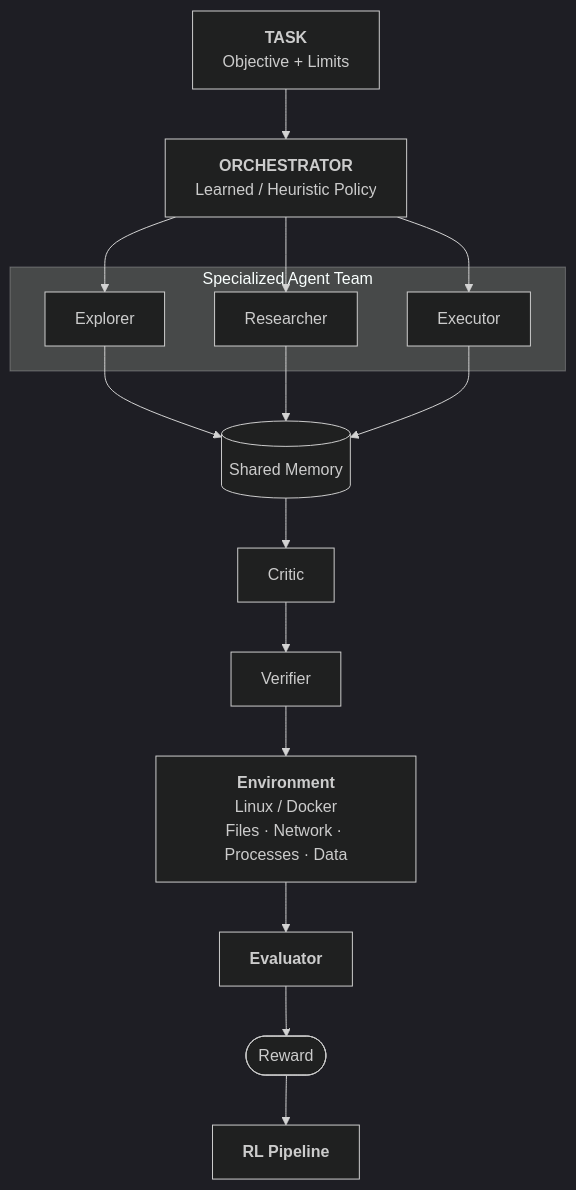
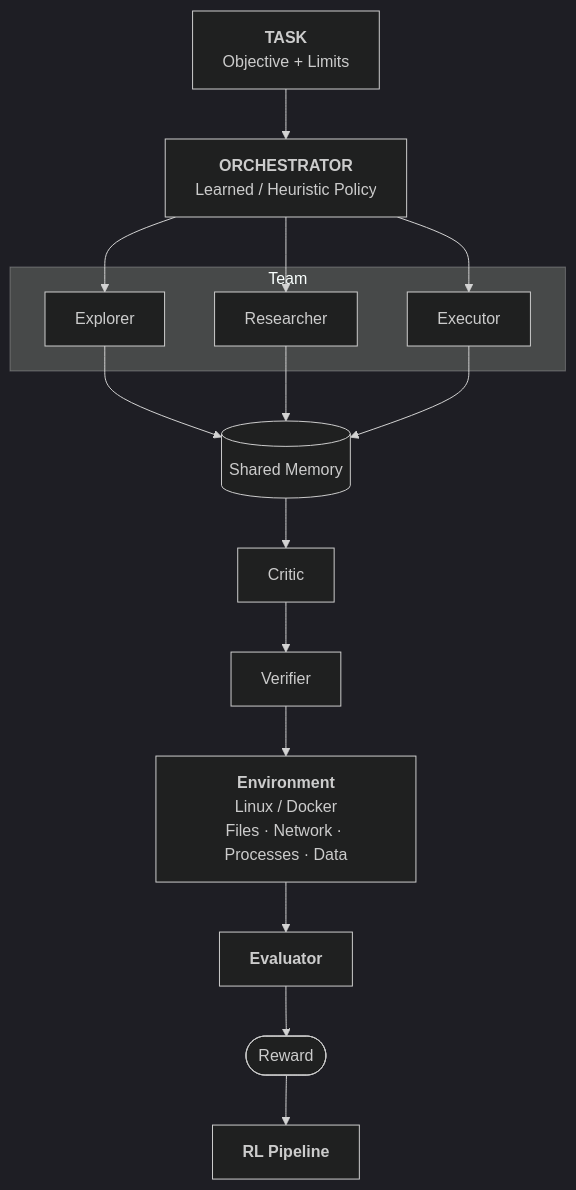
The diagram in docs/agent_arena_research_platform.md (rahul02-dat/agent-arena), drawn with Mermaid (dark theme) before and after one commit.

````diff
--- a/docs/agent_arena_research_platform.md
+++ b/docs/agent_arena_research_platform.md
@@ -69,35 +69,35 @@
 ```mermaid
 flowchart TD
     Task["<b>TASK</b><br/>Objective + Limits"]
     Orchestrator["<b>ORCHESTRATOR</b><br/>Learned / Heuristic Policy"]
     
-    subgraph Team["Specialized Agent Team"]
+    subgraph Team
         Explorer["Explorer"]
         Researcher["Researcher"]
         Executor["Executor"]
     end
     
     Memory[("Shared Memory")]
     Critic["Critic"]
     Verifier["Verifier"]
     Environment["<b>Environment</b><br/>Linux / Docker<br/>Files · Network · Processes · Data"]
     Evaluator["<b>Evaluator</b>"]
     Reward(["Reward"])
     RLPipeline["<b>RL Pipeline</b>"]
 
     Task --> Orchestrator
     Orchestrator --> Explorer
     Orchestrator --> Researcher
     Orchestrator --> Executor
     
     Explorer --> Memory
     Researcher --> Memory
     Executor --> Memory
     
     Memory --> Critic
     Critic --> Verifier
     Verifier --> Environment
     Environment --> Evaluator
     Evaluator --> Reward
     Reward --> RLPipeline
 ```
````
